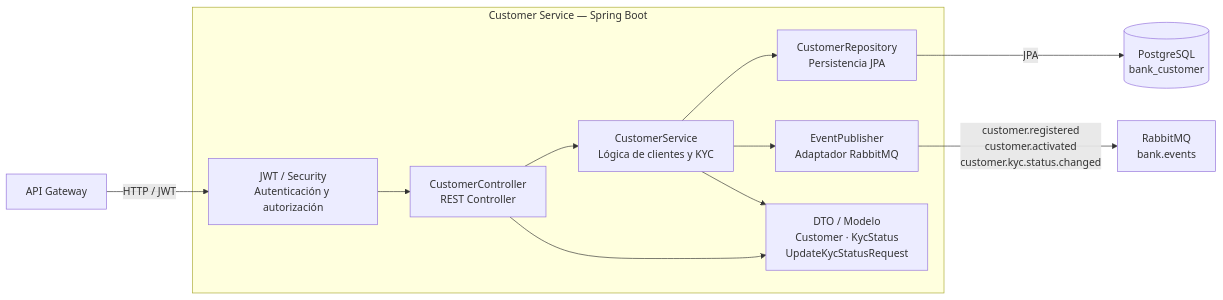
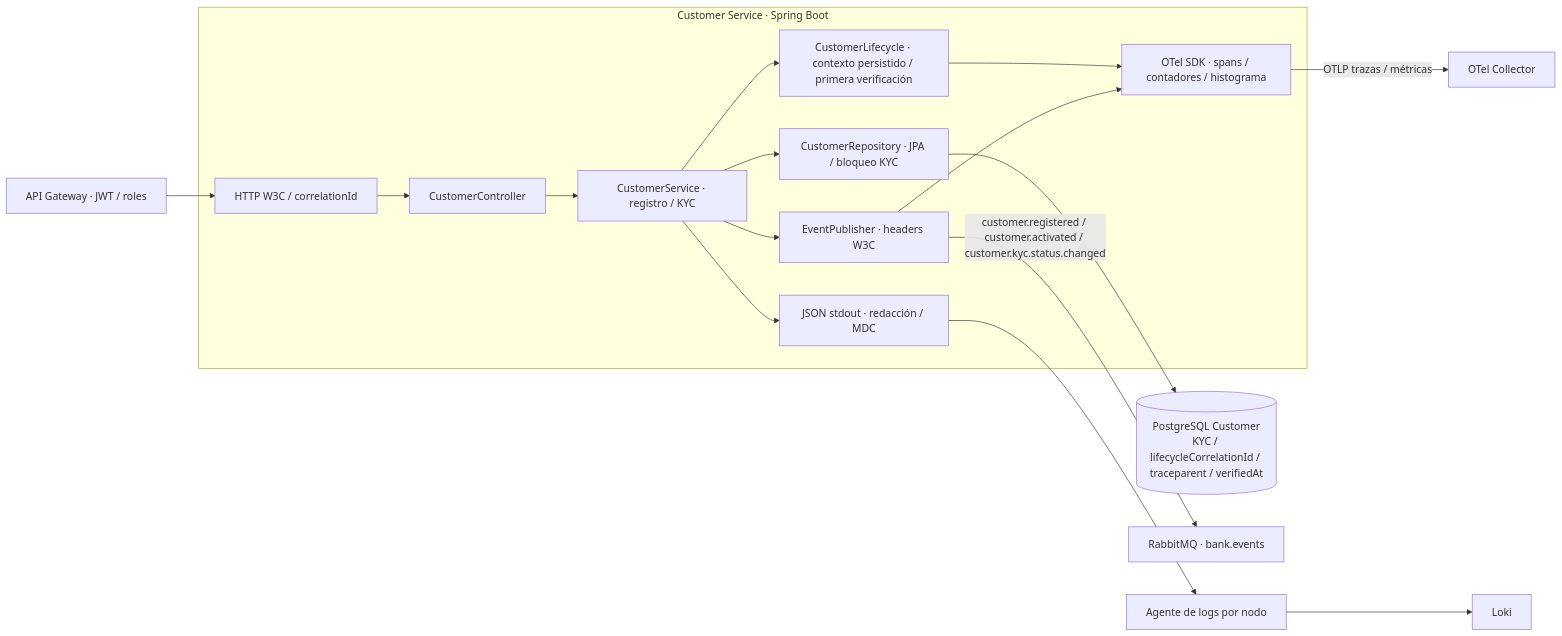
One commit to Ahletz/Proyecto-SA-B-10 changed the diagram in docs/01-arquitectura/c4-src/c4-component-customer.mmd. Above: the diagram before and after it, drawn with Mermaid. The commit also changed 59 other files, not shown here.

```diff
--- a/docs/01-arquitectura/c4-src/c4-component-customer.mmd
+++ b/docs/01-arquitectura/c4-src/c4-component-customer.mmd
@@ -1,32 +1,30 @@
 flowchart LR
-    gateway["API Gateway"]
-
-    subgraph customer["Customer Service — Spring Boot"]
-        controller["CustomerController\nREST Controller"]
-
-        service["CustomerService\nLógica de clientes y KYC"]
-
-        security["JWT / Security\nAutenticación y autorización"]
-
-        repository["CustomerRepository\nPersistencia JPA"]
-
-        publisher["EventPublisher\nAdaptador RabbitMQ"]
-
-        dto["DTO / Modelo\nCustomer · KycStatus\nUpdateKycStatusRequest"]
-
-        controller --> service
-        security --> controller
-        controller --> dto
-        service --> dto
+    gateway["API Gateway · JWT / roles"]
+    subgraph customer["Customer Service · Spring Boot"]
+        filter["HTTP W3C / correlationId"]
+        controller["CustomerController"]
+        service["CustomerService · registro / KYC"]
+        lifecycle["CustomerLifecycle · contexto persistido / primera verificación"]
+        repository["CustomerRepository · JPA / bloqueo KYC"]
+        publisher["EventPublisher · headers W3C"]
+        sdk["OTel SDK · spans / contadores / histograma"]
+        logs["JSON stdout · redacción / MDC"]
+        filter --> controller --> service
+        service --> lifecycle
         service --> repository
         service --> publisher
+        lifecycle --> sdk
+        publisher --> sdk
+        service --> logs
     end
-
-    db[("PostgreSQL\nbank_customer")]
-    rabbit["RabbitMQ\nbank.events"]
-
-    gateway -->|"HTTP / JWT"| security
-
-    repository -->|"JPA"| db
-
-    publisher -->|"customer.registered\ncustomer.activated\ncustomer.kyc.status.changed"| rabbit
+    db[("PostgreSQL Customer
+KYC / lifecycleCorrelationId / traceparent / verifiedAt")]
+    rabbit["RabbitMQ · bank.events"]
+    collector["OTel Collector"]
+    agent["Agente de logs por nodo"]
+    loki["Loki"]
+    gateway --> filter
+    repository --> db
+    publisher -->|"customer.registered / customer.activated / customer.kyc.status.changed"| rabbit
+    sdk -->|"OTLP trazas / métricas"| collector
+    logs --> agent --> loki
```
